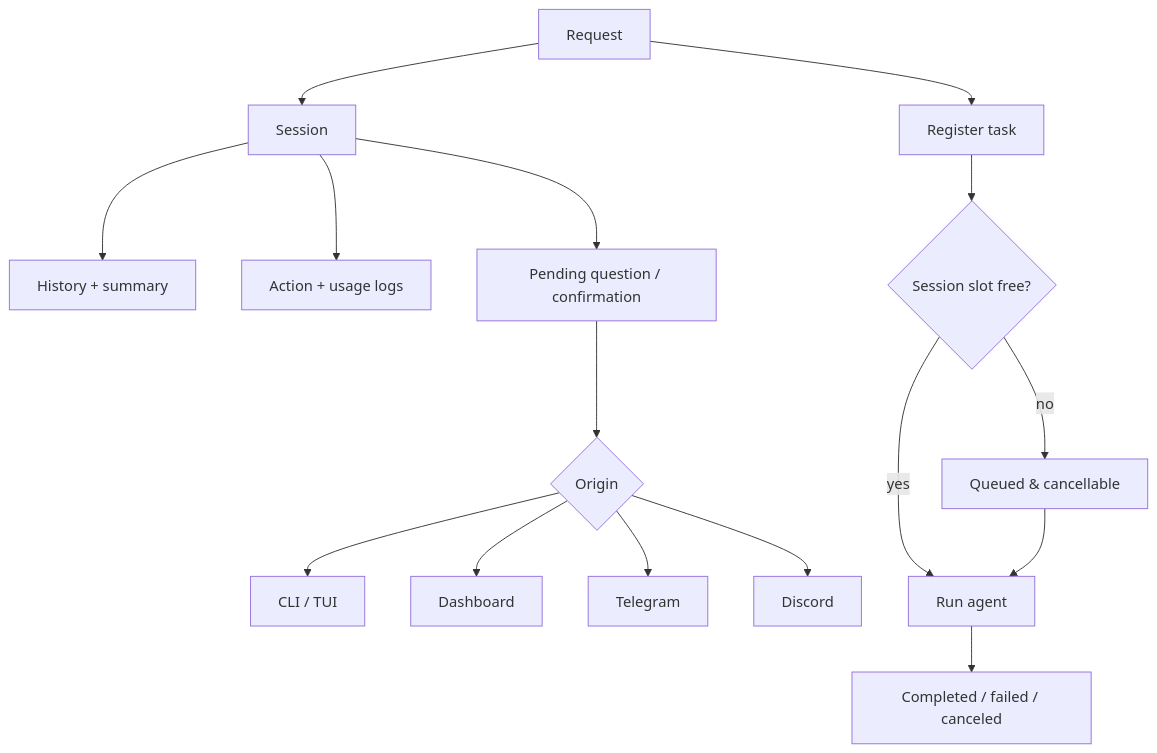
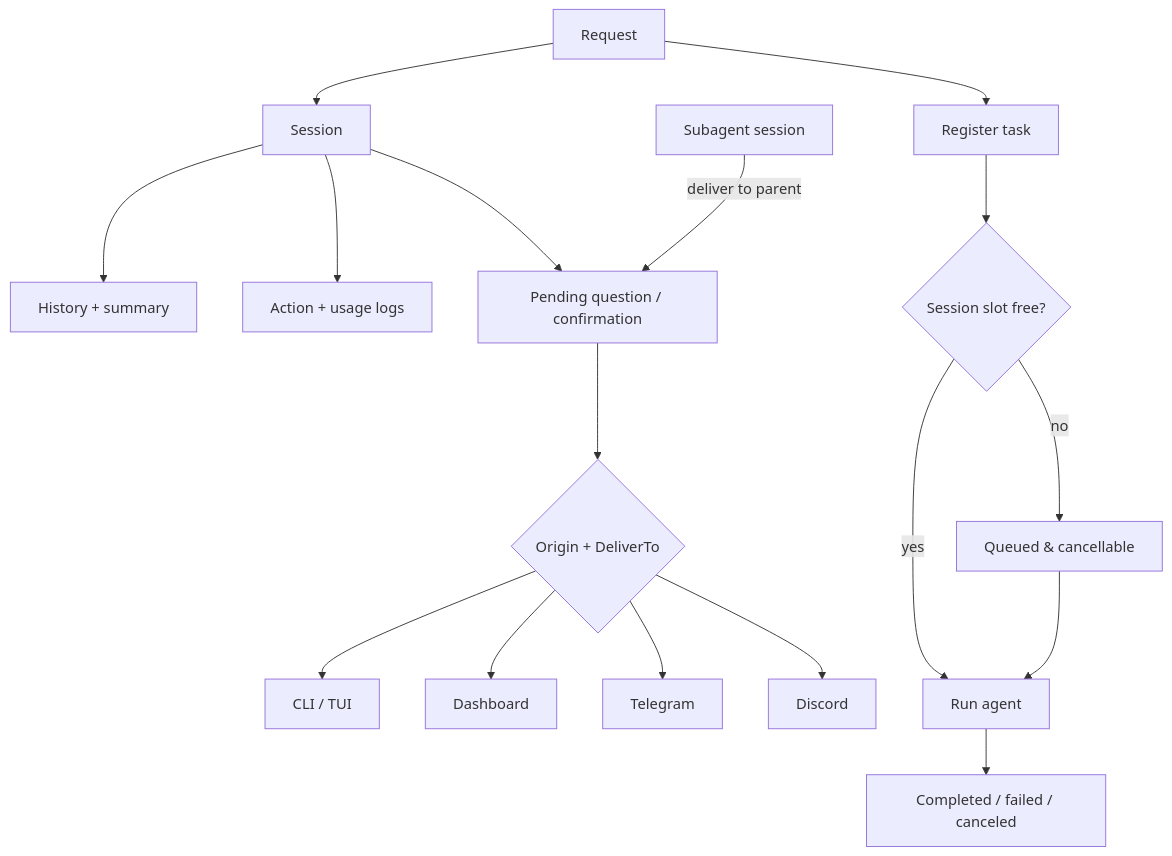
One commit to agenvoy/Agenvoy changed the fifth of 9 diagrams in doc/architecture.md. Above: the diagram before and after it, drawn with Mermaid. The commit also changed other lines of this file and 3 other files, not shown here.

Commit message:
doc: Update model, tool, and session architecture guidance

````diff
--- a/doc/architecture.md
+++ b/doc/architecture.md
@@ -85,18 +85,19 @@
 ```mermaid
 graph TB
     Request[Request] --> Session[Session]
     Session --> History[History + summary]
     Session --> Logs[Action + usage logs]
     Session --> Pending[Pending question / confirmation]
-    Pending --> Origin{Origin}
-    Origin --> CLI[CLI / TUI]
-    Origin --> Web[Dashboard]
-    Origin --> TG[Telegram]
-    Origin --> DC[Discord]
+    Pending --> Routing{Origin + DeliverTo}
+    Routing --> CLI[CLI / TUI]
+    Routing --> Web[Dashboard]
+    Routing --> TG[Telegram]
+    Routing --> DC[Discord]
+    Subagent[Subagent session] -->|deliver to parent| Pending
     Request --> Register[Register task]
     Register --> Gate{Session slot free?}
     Gate -->|yes| Execute[Run agent]
     Gate -->|no| Queue[Queued & cancellable]
     Queue --> Execute
     Execute --> Finish[Completed / failed / canceled]
 ```
````
